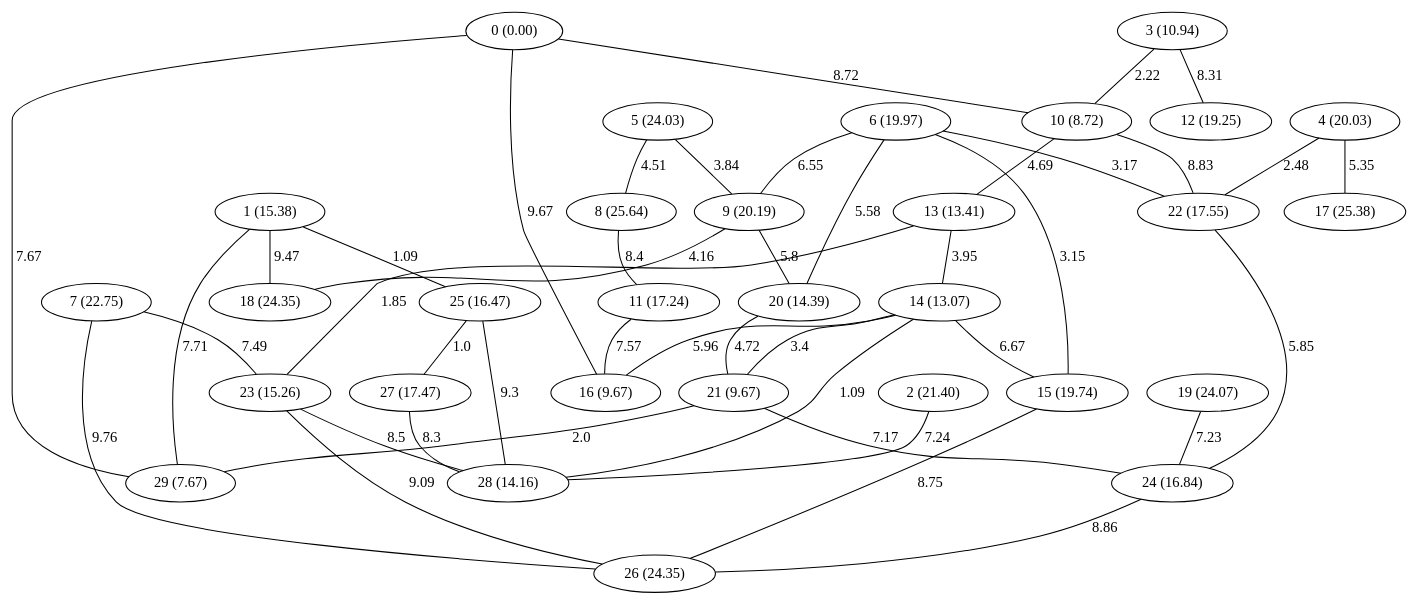
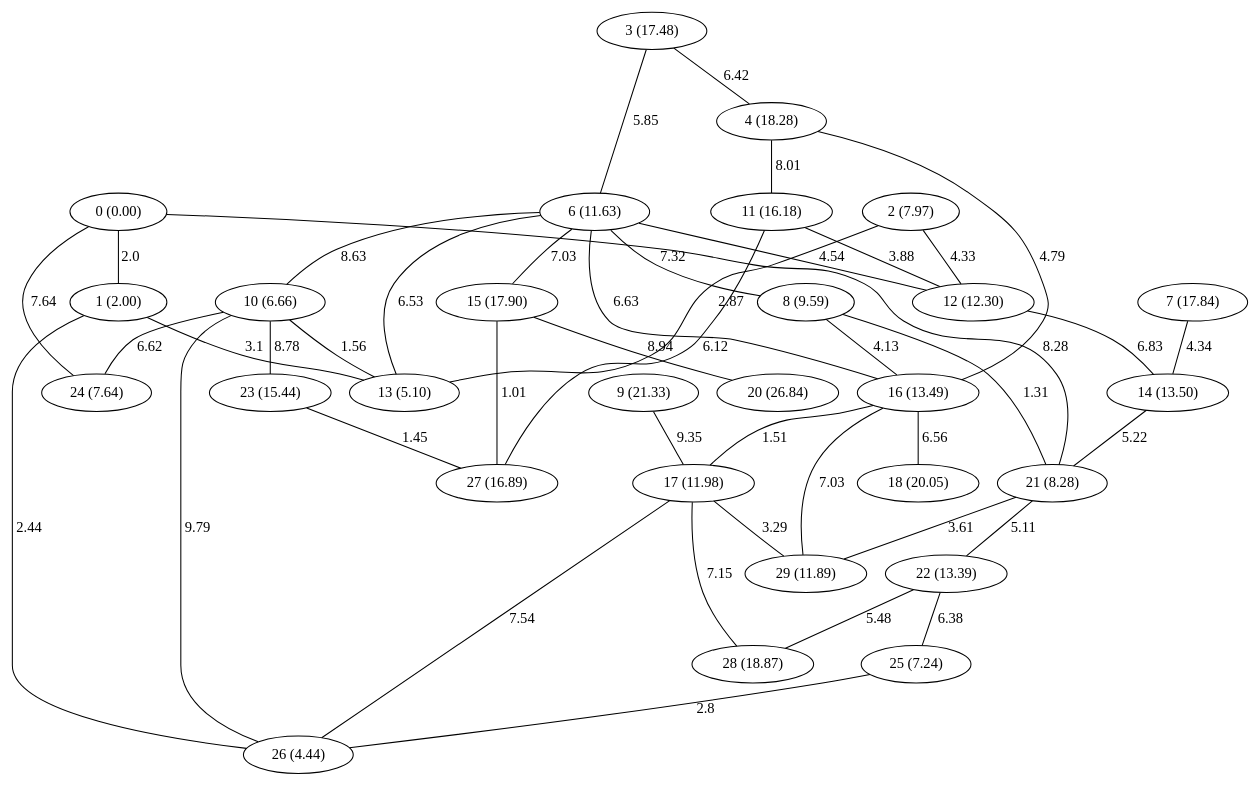
One commit to amorac4/DAA24 changed the diagram in Proyecto 3/ejemplos_grafo_dijkstra/dijkstra_grafo_Erdös-Rényi_30.gv. Above: the diagram before and after it, drawn with Graphviz. The commit also changed 37 other files, not shown here.

```diff
--- a/Proyecto 3/ejemplos_grafo_dijkstra/dijkstra_grafo_Erdös-Rényi_30.gv
+++ b/Proyecto 3/ejemplos_grafo_dijkstra/dijkstra_grafo_Erdös-Rényi_30.gv
@@ -1,75 +1,73 @@
 graph G {
 "0 (0.00)";
-"1 (15.38)";
-"2 (21.40)";
-"3 (10.94)";
-"4 (20.03)";
-"5 (24.03)";
-"6 (19.97)";
-"7 (22.75)";
-"8 (25.64)";
-"9 (20.19)";
-"10 (8.72)";
-"11 (17.24)";
-"12 (19.25)";
-"13 (13.41)";
-"14 (13.07)";
-"15 (19.74)";
-"16 (9.67)";
-"17 (25.38)";
-"18 (24.35)";
-"19 (24.07)";
-"20 (14.39)";
-"21 (9.67)";
-"22 (17.55)";
-"23 (15.26)";
-"24 (16.84)";
-"25 (16.47)";
-"26 (24.35)";
-"27 (17.47)";
-"28 (14.16)";
-"29 (7.67)";
-"15 (19.74)" -- "26 (24.35)" [label="8.75"];
-"14 (13.07)" -- "21 (9.67)" [label="3.4"];
-"7 (22.75)" -- "26 (24.35)" [label="9.76"];
-"6 (19.97)" -- "22 (17.55)" [label="3.17"];
-"4 (20.03)" -- "22 (17.55)" [label="2.48"];
-"10 (8.72)" -- "13 (13.41)" [label="4.69"];
-"1 (15.38)" -- "29 (7.67)" [label="7.71"];
-"3 (10.94)" -- "12 (19.25)" [label="8.31"];
-"8 (25.64)" -- "11 (17.24)" [label="8.4"];
-"7 (22.75)" -- "23 (15.26)" [label="7.49"];
-"0 (0.00)" -- "16 (9.67)" [label="9.67"];
-"2 (21.40)" -- "28 (14.16)" [label="7.24"];
-"25 (16.47)" -- "27 (17.47)" [label="1.0"];
-"6 (19.97)" -- "15 (19.74)" [label="3.15"];
-"13 (13.41)" -- "14 (13.07)" [label="3.95"];
-"21 (9.67)" -- "24 (16.84)" [label="7.17"];
-"23 (15.26)" -- "28 (14.16)" [label="8.5"];
-"25 (16.47)" -- "28 (14.16)" [label="9.3"];
-"11 (17.24)" -- "16 (9.67)" [label="7.57"];
-"6 (19.97)" -- "20 (14.39)" [label="5.58"];
-"10 (8.72)" -- "22 (17.55)" [label="8.83"];
-"1 (15.38)" -- "25 (16.47)" [label="1.09"];
-"14 (13.07)" -- "15 (19.74)" [label="6.67"];
-"23 (15.26)" -- "26 (24.35)" [label="9.09"];
-"14 (13.07)" -- "16 (9.67)" [label="5.96"];
-"24 (16.84)" -- "26 (24.35)" [label="8.86"];
-"27 (17.47)" -- "28 (14.16)" [label="8.3"];
-"9 (20.19)" -- "18 (24.35)" [label="4.16"];
-"3 (10.94)" -- "10 (8.72)" [label="2.22"];
-"22 (17.55)" -- "24 (16.84)" [label="5.85"];
-"6 (19.97)" -- "9 (20.19)" [label="6.55"];
-"9 (20.19)" -- "20 (14.39)" [label="5.8"];
-"21 (9.67)" -- "29 (7.67)" [label="2.0"];
-"20 (14.39)" -- "21 (9.67)" [label="4.72"];
-"19 (24.07)" -- "24 (16.84)" [label="7.23"];
-"5 (24.03)" -- "9 (20.19)" [label="3.84"];
-"13 (13.41)" -- "23 (15.26)" [label="1.85"];
-"4 (20.03)" -- "17 (25.38)" [label="5.35"];
-"1 (15.38)" -- "18 (24.35)" [label="9.47"];
-"5 (24.03)" -- "8 (25.64)" [label="4.51"];
-"14 (13.07)" -- "28 (14.16)" [label="1.09"];
-"0 (0.00)" -- "10 (8.72)" [label="8.72"];
-"0 (0.00)" -- "29 (7.67)" [label="7.67"];
+"1 (2.00)";
+"2 (7.97)";
+"3 (17.48)";
+"4 (18.28)";
+"6 (11.63)";
+"7 (17.84)";
+"8 (9.59)";
+"9 (21.33)";
+"10 (6.66)";
+"11 (16.18)";
+"12 (12.30)";
+"13 (5.10)";
+"14 (13.50)";
+"15 (17.90)";
+"16 (13.49)";
+"17 (11.98)";
+"18 (20.05)";
+"20 (26.84)";
+"21 (8.28)";
+"22 (13.39)";
+"23 (15.44)";
+"24 (7.64)";
+"25 (7.24)";
+"26 (4.44)";
+"27 (16.89)";
+"28 (18.87)";
+"29 (11.89)";
+"10 (6.66)" -- "26 (4.44)" [label="9.79"];
+"21 (8.28)" -- "29 (11.89)" [label="3.61"];
+"8 (9.59)" -- "21 (8.28)" [label="1.31"];
+"1 (2.00)" -- "13 (5.10)" [label="3.1"];
+"25 (7.24)" -- "26 (4.44)" [label="2.8"];
+"2 (7.97)" -- "13 (5.10)" [label="2.87"];
+"16 (13.49)" -- "18 (20.05)" [label="6.56"];
+"6 (11.63)" -- "16 (13.49)" [label="6.63"];
+"10 (6.66)" -- "23 (15.44)" [label="8.78"];
+"6 (11.63)" -- "13 (5.10)" [label="6.53"];
+"17 (11.98)" -- "26 (4.44)" [label="7.54"];
+"9 (21.33)" -- "17 (11.98)" [label="9.35"];
+"21 (8.28)" -- "22 (13.39)" [label="5.11"];
+"3 (17.48)" -- "4 (18.28)" [label="6.42"];
+"2 (7.97)" -- "12 (12.30)" [label="4.33"];
+"10 (6.66)" -- "13 (5.10)" [label="1.56"];
+"4 (18.28)" -- "16 (13.49)" [label="4.79"];
+"0 (0.00)" -- "24 (7.64)" [label="7.64"];
+"6 (11.63)" -- "15 (17.90)" [label="7.03"];
+"12 (12.30)" -- "14 (13.50)" [label="6.83"];
+"1 (2.00)" -- "26 (4.44)" [label="2.44"];
+"14 (13.50)" -- "21 (8.28)" [label="5.22"];
+"11 (16.18)" -- "27 (16.89)" [label="6.12"];
+"0 (0.00)" -- "1 (2.00)" [label="2.0"];
+"0 (0.00)" -- "21 (8.28)" [label="8.28"];
+"16 (13.49)" -- "17 (11.98)" [label="1.51"];
+"16 (13.49)" -- "29 (11.89)" [label="7.03"];
+"10 (6.66)" -- "24 (7.64)" [label="6.62"];
+"17 (11.98)" -- "29 (11.89)" [label="3.29"];
+"22 (13.39)" -- "28 (18.87)" [label="5.48"];
+"6 (11.63)" -- "8 (9.59)" [label="7.32"];
+"3 (17.48)" -- "6 (11.63)" [label="5.85"];
+"17 (11.98)" -- "28 (18.87)" [label="7.15"];
+"15 (17.90)" -- "20 (26.84)" [label="8.94"];
+"15 (17.90)" -- "27 (16.89)" [label="1.01"];
+"6 (11.63)" -- "12 (12.30)" [label="4.54"];
+"4 (18.28)" -- "11 (16.18)" [label="8.01"];
+"7 (17.84)" -- "14 (13.50)" [label="4.34"];
+"11 (16.18)" -- "12 (12.30)" [label="3.88"];
+"23 (15.44)" -- "27 (16.89)" [label="1.45"];
+"6 (11.63)" -- "10 (6.66)" [label="8.63"];
+"8 (9.59)" -- "16 (13.49)" [label="4.13"];
+"22 (13.39)" -- "25 (7.24)" [label="6.38"];
 }
```
